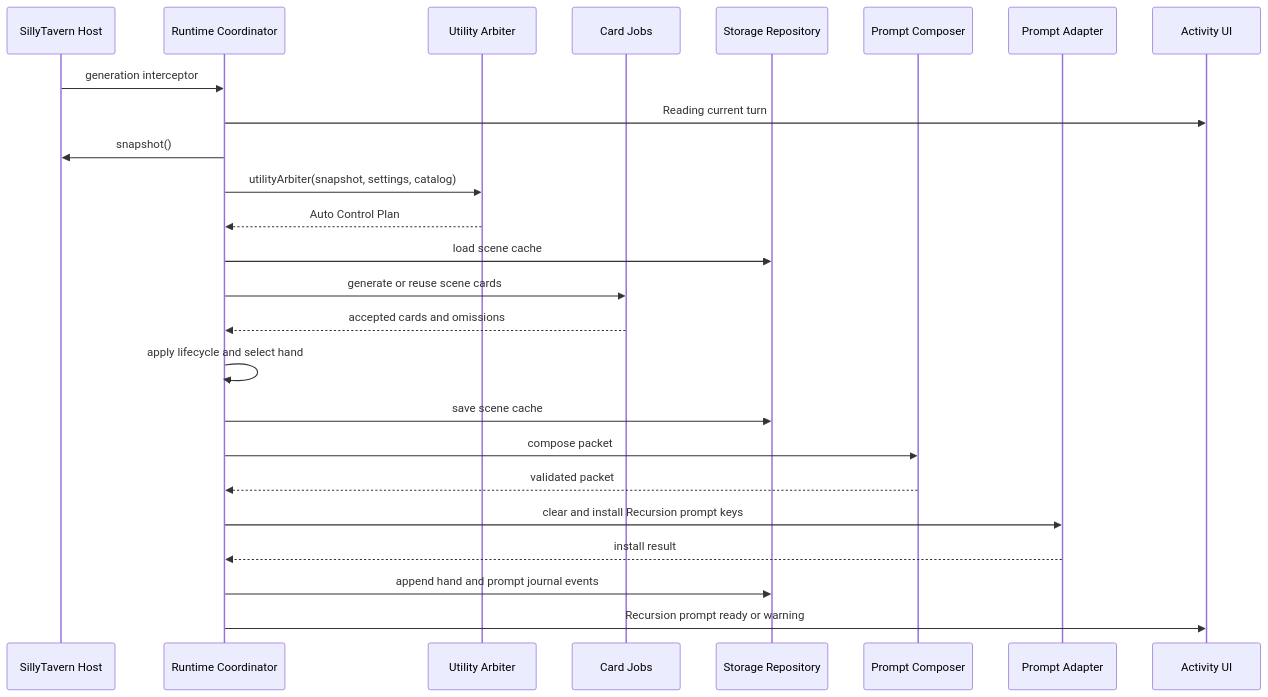
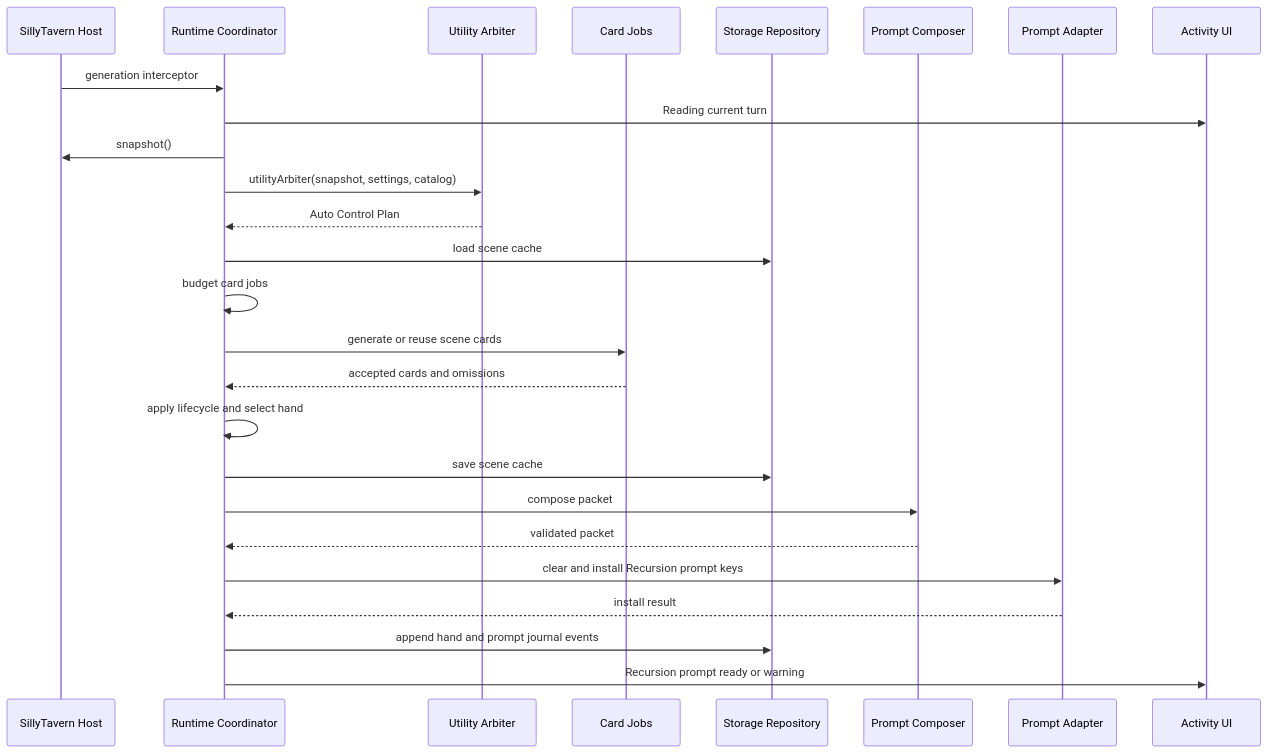
Before and after one commit to MentallyQuill/Recursion: the first of 4 diagrams in docs/technical/RUNTIME_TURN_SEQUENCE.md, drawn with Mermaid. The commit also changed other lines of this file and 9 other files, not shown here.

Commit message:
docs: clarify card budget and instruction contract

````diff
--- a/docs/technical/RUNTIME_TURN_SEQUENCE.md
+++ b/docs/technical/RUNTIME_TURN_SEQUENCE.md
@@ -21,28 +21,29 @@
 ```mermaid
 sequenceDiagram
     participant Host as SillyTavern Host
     participant Runtime as Runtime Coordinator
     participant Utility as Utility Arbiter
     participant Cards as Card Jobs
     participant Storage as Storage Repository
     participant Prompt as Prompt Composer
     participant Adapter as Prompt Adapter
     participant UI as Activity UI
 
     Host->>Runtime: generation interceptor
     Runtime->>UI: Reading current turn
     Runtime->>Host: snapshot()
     Runtime->>Utility: utilityArbiter(snapshot, settings, catalog)
     Utility-->>Runtime: Auto Control Plan
     Runtime->>Storage: load scene cache
+    Runtime->>Runtime: budget card jobs
     Runtime->>Cards: generate or reuse scene cards
     Cards-->>Runtime: accepted cards and omissions
     Runtime->>Runtime: apply lifecycle and select hand
     Runtime->>Storage: save scene cache
     Runtime->>Prompt: compose packet
     Prompt-->>Runtime: validated packet
     Runtime->>Adapter: clear and install Recursion prompt keys
     Adapter-->>Runtime: install result
     Runtime->>Storage: append hand and prompt journal events
     Runtime->>UI: Recursion prompt ready or warning
 ```
````
